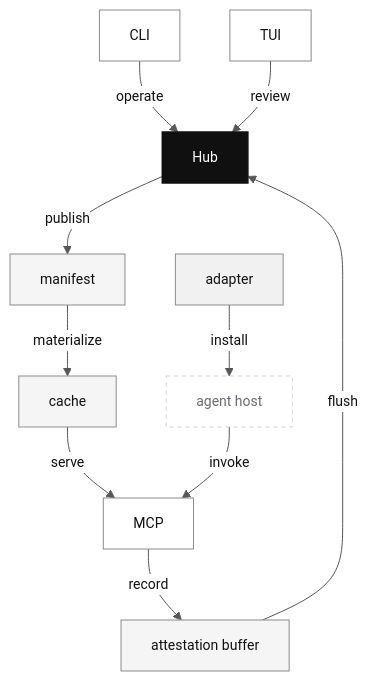
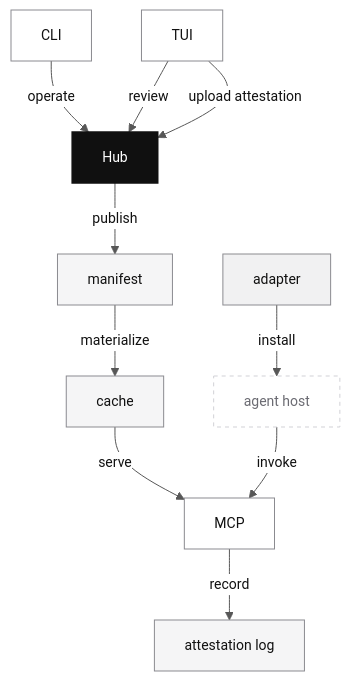
One commit to dylanwangeth/clumsies changed the diagram in docs/runtime.md. Above: the diagram before and after it, drawn with Mermaid. The commit also changed 31 other files, not shown here.

````diff
--- a/docs/runtime.md
+++ b/docs/runtime.md
@@ -19,47 +19,47 @@
 ```mermaid
 %%{init: {'theme': 'base', 'themeVariables': {
   'background': '#ffffff',
   'primaryColor': '#f7f7f8',
   'primaryTextColor': '#111111',
   'primaryBorderColor': '#111111',
   'lineColor': '#575757',
   'secondaryColor': '#ffffff',
   'tertiaryColor': '#f1f1f2',
   'clusterBkg': '#fbfbfc',
   'clusterBorder': '#cbcbcf',
   'fontFamily': 'ui-monospace, SFMono-Regular, SF Mono, Menlo, monospace',
   'fontSize': '14px'
 }}}%%
 flowchart TB
     classDef authority fill:#101010,color:#ffffff,stroke:#101010,stroke-width:1.5px;
     classDef runtime fill:#f5f5f6,color:#111111,stroke:#8b8b90,stroke-width:1px;
     classDef surface fill:#ffffff,color:#111111,stroke:#8b8b90,stroke-width:1px;
     classDef integration fill:#f1f1f2,color:#111111,stroke:#8b8b90,stroke-width:1px;
     classDef external fill:#ffffff,color:#6b6b72,stroke:#d1d1d6,stroke-dasharray: 4 4;
 
     Hub["Hub"]
     Manifest["manifest"]
     Cache["cache"]
     MCP["MCP"]
-    AttBuf["attestation buffer"]
+    AttLog["attestation log"]
     CLI["CLI"]
     TUI["TUI"]
     Adapter["adapter"]
     Host["agent host"]
 
     Hub -->|publish| Manifest
     Manifest -->|materialize| Cache
     Cache -->|serve| MCP
-    MCP -->|record| AttBuf
+    MCP -->|record| AttLog
     CLI -->|operate| Hub
     TUI -->|review| Hub
     Adapter -->|install| Host
     Host -->|invoke| MCP
-    AttBuf -->|flush| Hub
+    TUI -->|upload attestation| Hub
 
     class Hub authority;
-    class Manifest,Cache,AttBuf runtime;
+    class Manifest,Cache,AttLog runtime;
     class CLI,TUI,MCP surface;
     class Adapter integration;
     class Host external;
 ```
````
